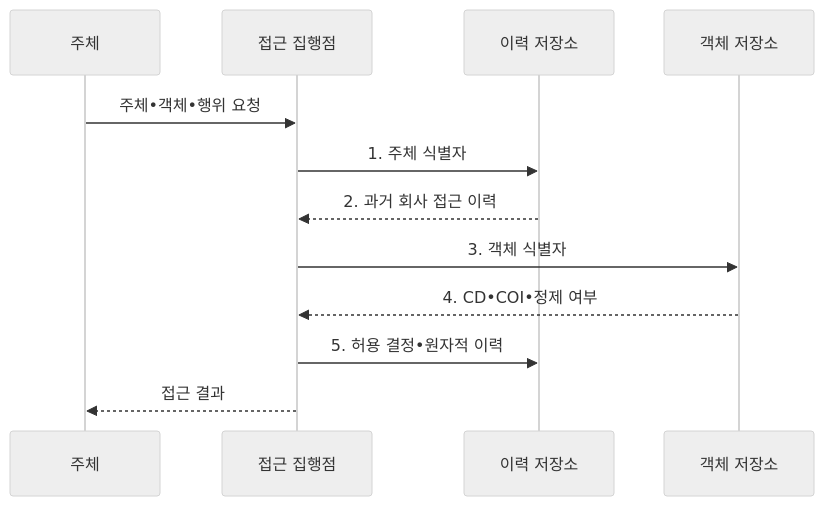
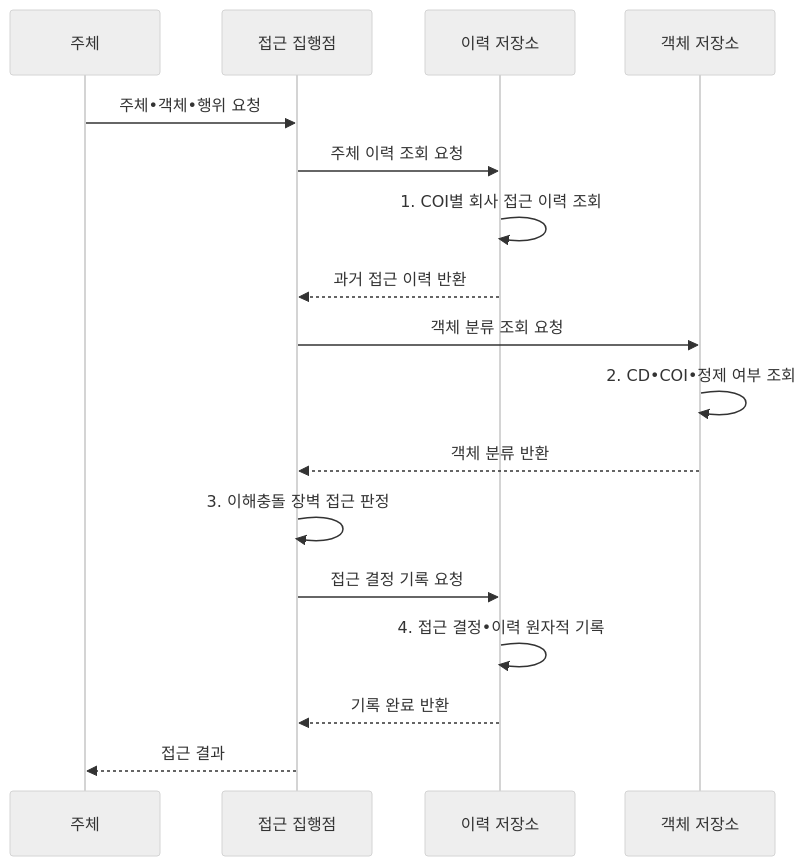
One commit to agnusdei1207/knowledge-base changed the second of 2 diagrams in src/content/docs/notes/05-security/138_brewer_nash_model.md. Above: the diagram before and after it, drawn with Mermaid (neutral theme). The commit also changed other lines of this file and 19 other files, not shown here.

````diff
--- a/src/content/docs/notes/05-security/138_brewer_nash_model.md
+++ b/src/content/docs/notes/05-security/138_brewer_nash_model.md
@@ -100,14 +100,19 @@
 ```mermaid
 sequenceDiagram
   participant S as 주체
   participant E as 접근 집행점
   participant H as 이력 저장소
   participant O as 객체 저장소
   S->>E: 주체•객체•행위 요청
-  E->>H: 1. 주체 식별자
-  H-->>E: 2. 과거 회사 접근 이력
-  E->>O: 3. 객체 식별자
-  O-->>E: 4. CD•COI•정제 여부
-  E->>H: 5. 허용 결정•원자적 이력
+  E->>H: 주체 이력 조회 요청
+  H->>H: 1. COI별 회사 접근 이력 조회
+  H-->>E: 과거 접근 이력 반환
+  E->>O: 객체 분류 조회 요청
+  O->>O: 2. CD•COI•정제 여부 조회
+  O-->>E: 객체 분류 반환
+  E->>E: 3. 이해충돌 장벽 접근 판정
+  E->>H: 접근 결정 기록 요청
+  H->>H: 4. 접근 결정•이력 원자적 기록
+  H-->>E: 기록 완료 반환
   E-->>S: 접근 결과
 ```
````
